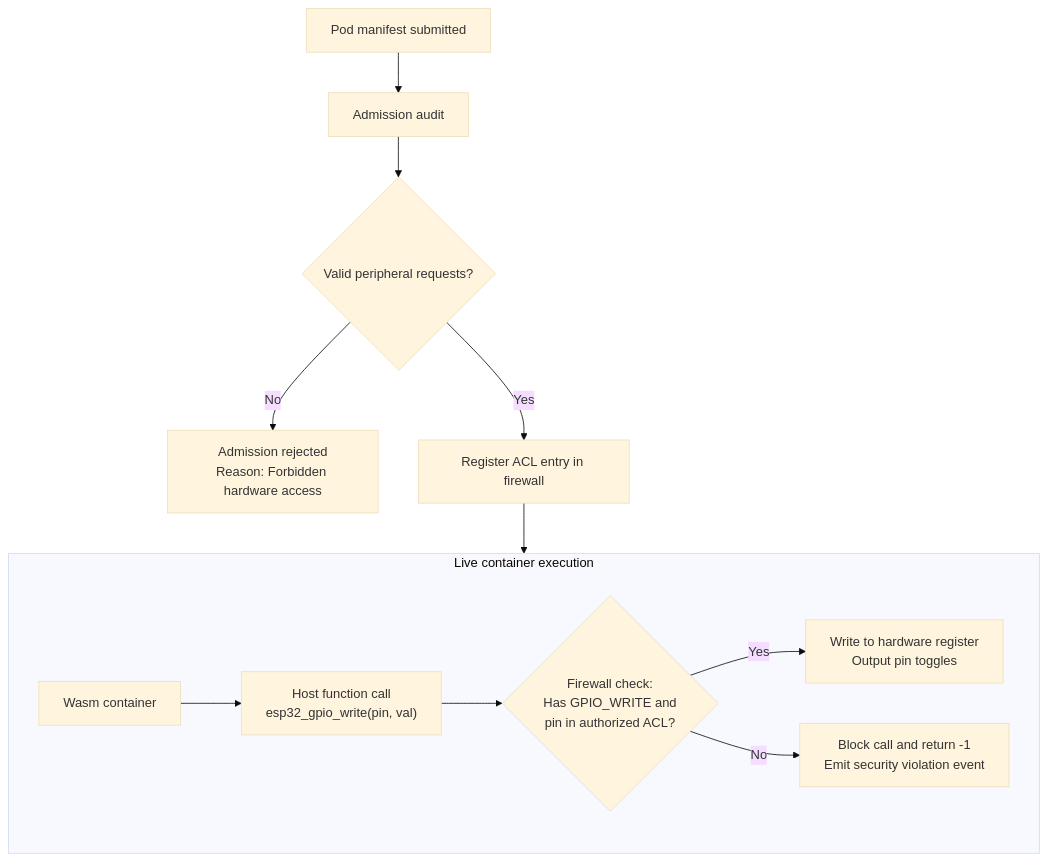
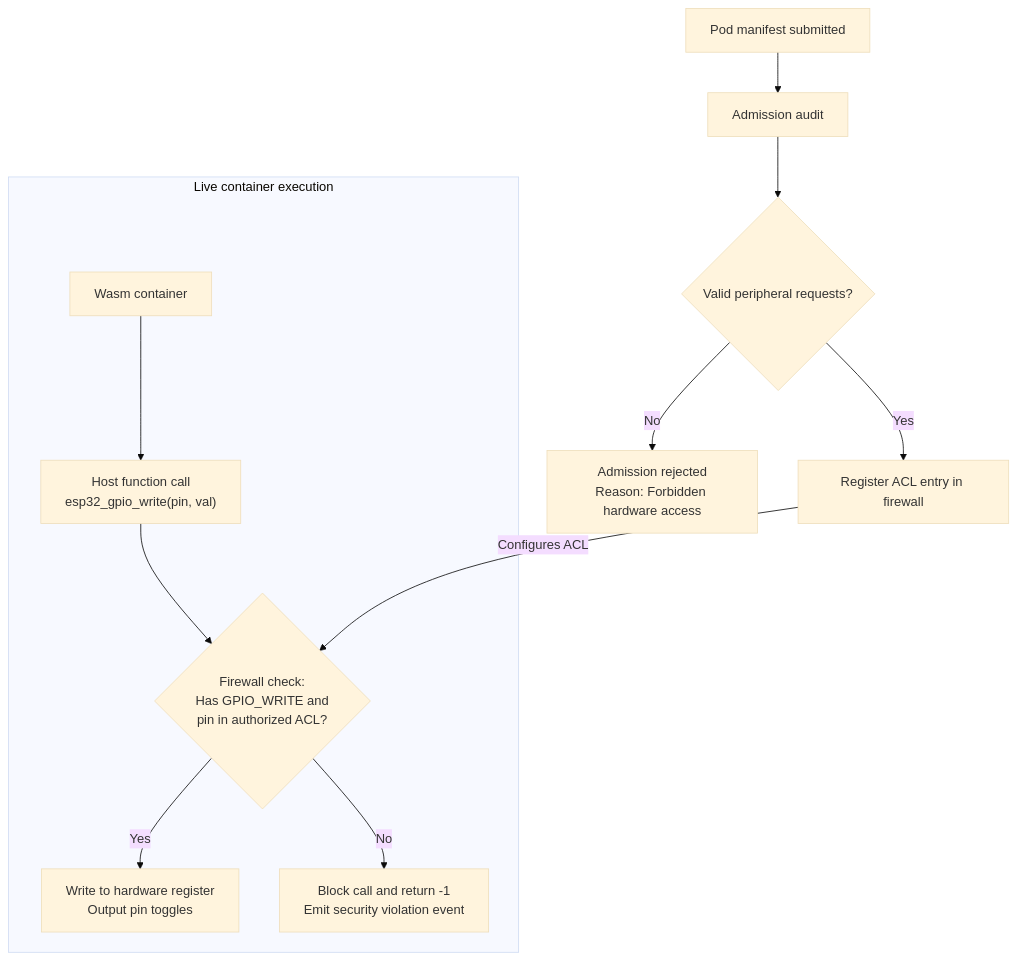
Before and after one commit to arterialist/kube32: the diagram in docs/architecture/capability-firewall.md, drawn with Mermaid (base theme). The commit also changed 13 other files, not shown here.

Commit message:
style(docs): adjust Material 3 layout and fix Mermaid diagram rendering

````diff
--- a/docs/architecture/capability-firewall.md
+++ b/docs/architecture/capability-firewall.md
@@ -52,16 +52,16 @@
 ```mermaid
 graph TD
     POD["Pod manifest submitted"] --> AUDIT["Admission audit"]
     AUDIT --> PASS{"Valid peripheral requests?"}
     PASS -->|No| REJ["Admission rejected<br/>Reason: Forbidden hardware access"]
     PASS -->|Yes| REG["Register ACL entry in firewall"]
 
     subgraph Runtime["Live container execution"]
         GUEST["Wasm container"] --> CALL["Host function call<br/>esp32_gpio_write(pin, val)"]
         CALL --> FW{"Firewall check:<br/>Has GPIO_WRITE and<br/>pin in authorized ACL?"}
         FW -->|Yes| OK["Write to hardware register<br/>Output pin toggles"]
         FW -->|No| BLOCK["Block call and return -1<br/>Emit security violation event"]
     end
 
-    REG --> Runtime
+    REG -->|"Configures ACL"| FW
 ```
````
